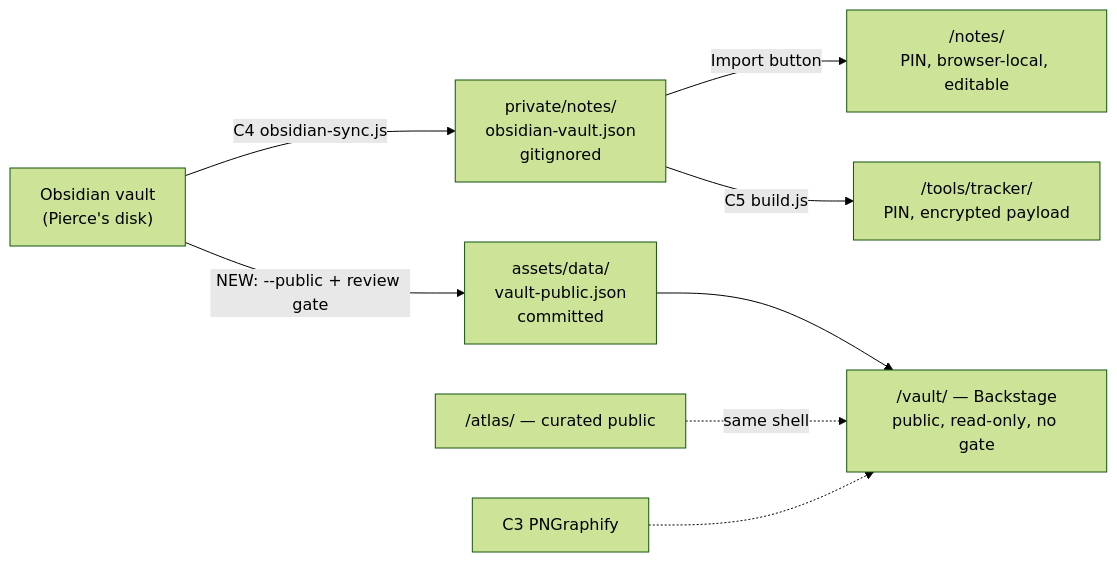
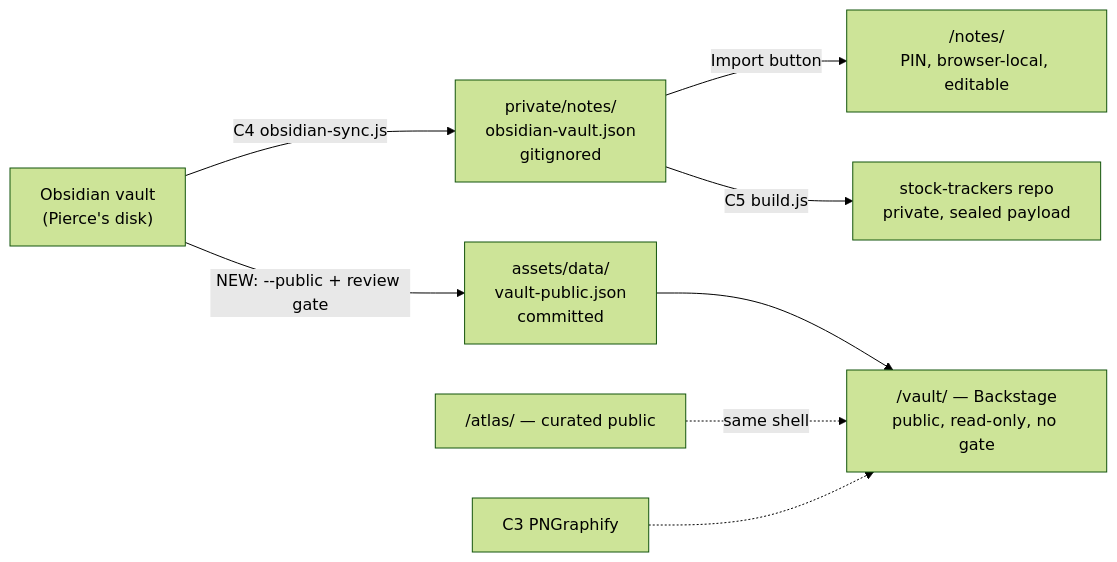
The diagram in docs/BACKSTAGE_PLAN.md (piersonnorris/piersonnorris.github.io), drawn with Mermaid (forest theme) before and after one commit. The commit also changed other lines of this file and 51 other files, not shown here.

First line of the commit message:
The stock tracker moves out to its own private repo

````diff
--- a/docs/BACKSTAGE_PLAN.md
+++ b/docs/BACKSTAGE_PLAN.md
@@ -91,10 +91,10 @@
 ```mermaid
 flowchart LR
   V["Obsidian vault<br/>(Pierce's disk)"] -->|"C4 obsidian-sync.js"| B["private/notes/<br/>obsidian-vault.json<br/>gitignored"]
   V -->|"NEW: --public + review gate"| P["assets/data/<br/>vault-public.json<br/>committed"]
   B -->|"Import button"| N["/notes/<br/>PIN, browser-local, editable"]
-  B -->|"C5 build.js"| T["/tools/tracker/<br/>PIN, encrypted payload"]
+  B -->|"C5 build.js"| T["stock-trackers repo<br/>private, sealed payload"]
   P --> W["/vault/ — Backstage<br/>public, read-only, no gate"]
   A["/atlas/ — curated public"] -.->|"same shell"| W
   C3["C3 PNGraphify"] -.-> W
 ```
````
